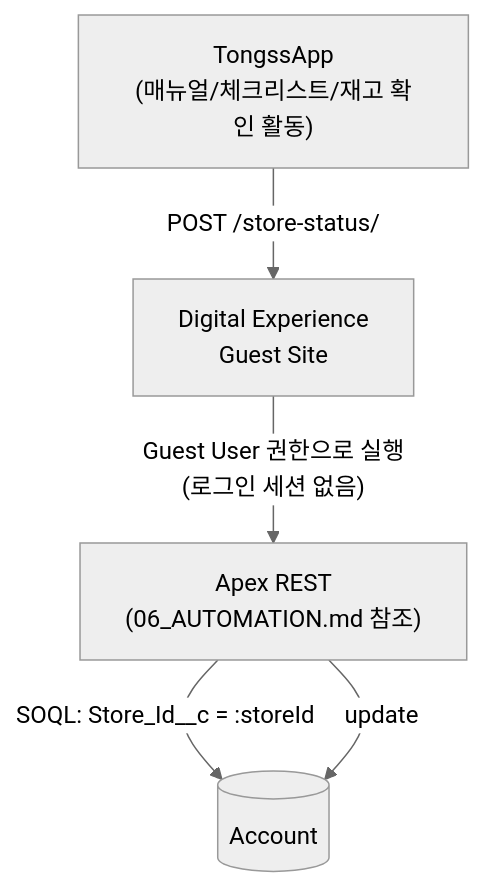
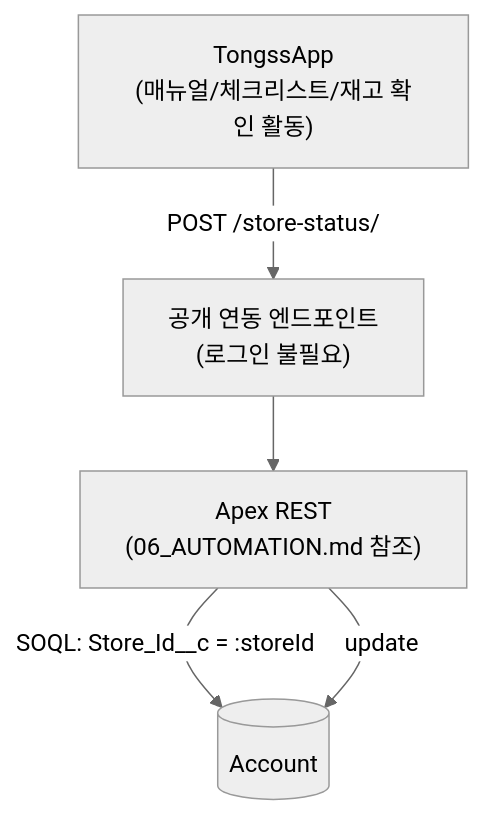
Before and after one commit to sara6ang/project-starter: the diagram in TongssOrg/docs/05_PERMISSION.md, drawn with Mermaid (neutral theme). The commit also changed other lines of this file and 22 other files, not shown here.

````diff
--- a/TongssOrg/docs/05_PERMISSION.md
+++ b/TongssOrg/docs/05_PERMISSION.md
@@ -37,7 +44,7 @@
 ```mermaid
 flowchart TD
-    A["TongssApp<br/>(매뉴얼/체크리스트/재고 확인 활동)"] -->|"POST /store-status/"| B["Digital Experience<br/>Guest Site"]
-    B -->|"Guest User 권한으로 실행<br/>(로그인 세션 없음)"| C["Apex REST<br/>(06_AUTOMATION.md 참조)"]
+    A["TongssApp<br/>(매뉴얼/체크리스트/재고 확인 활동)"] -->|"POST /store-status/"| B["공개 연동 엔드포인트<br/>(로그인 불필요)"]
+    B --> C["Apex REST<br/>(06_AUTOMATION.md 참조)"]
     C -->|"SOQL: Store_Id__c = :storeId"| D[("Account")]
     C -->|"update"| D
 ```
````
